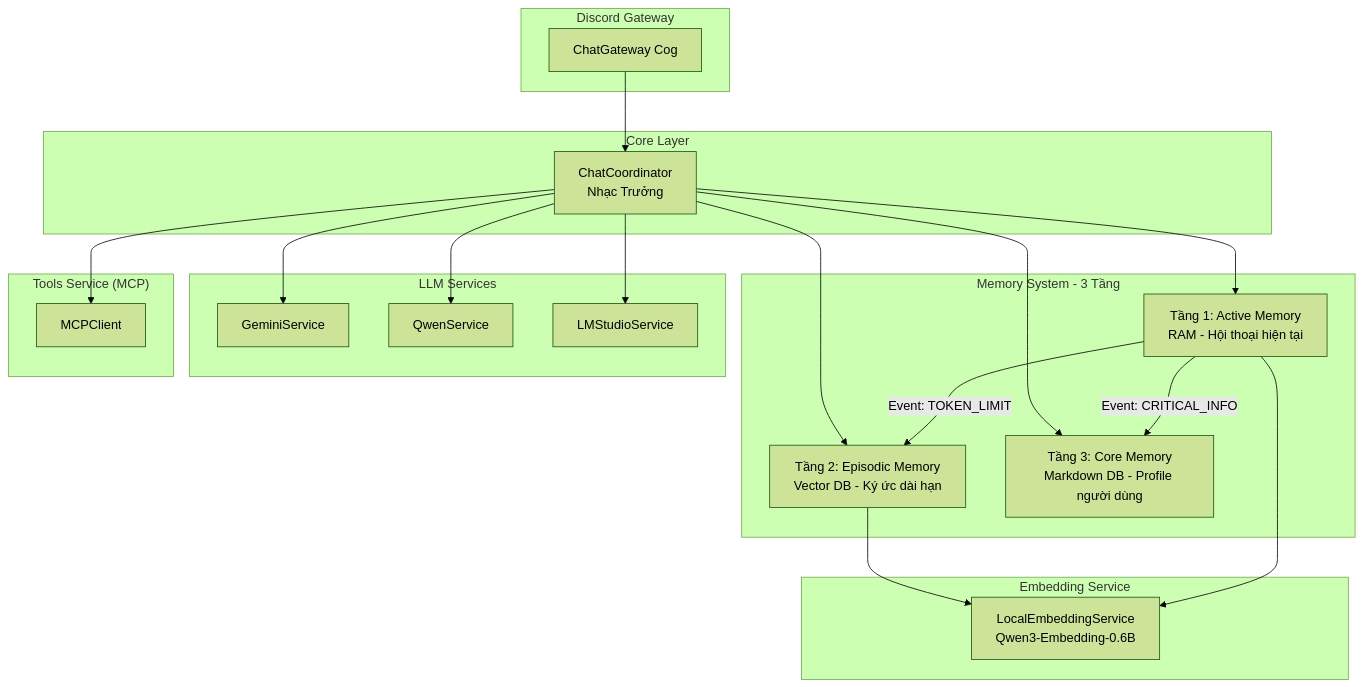
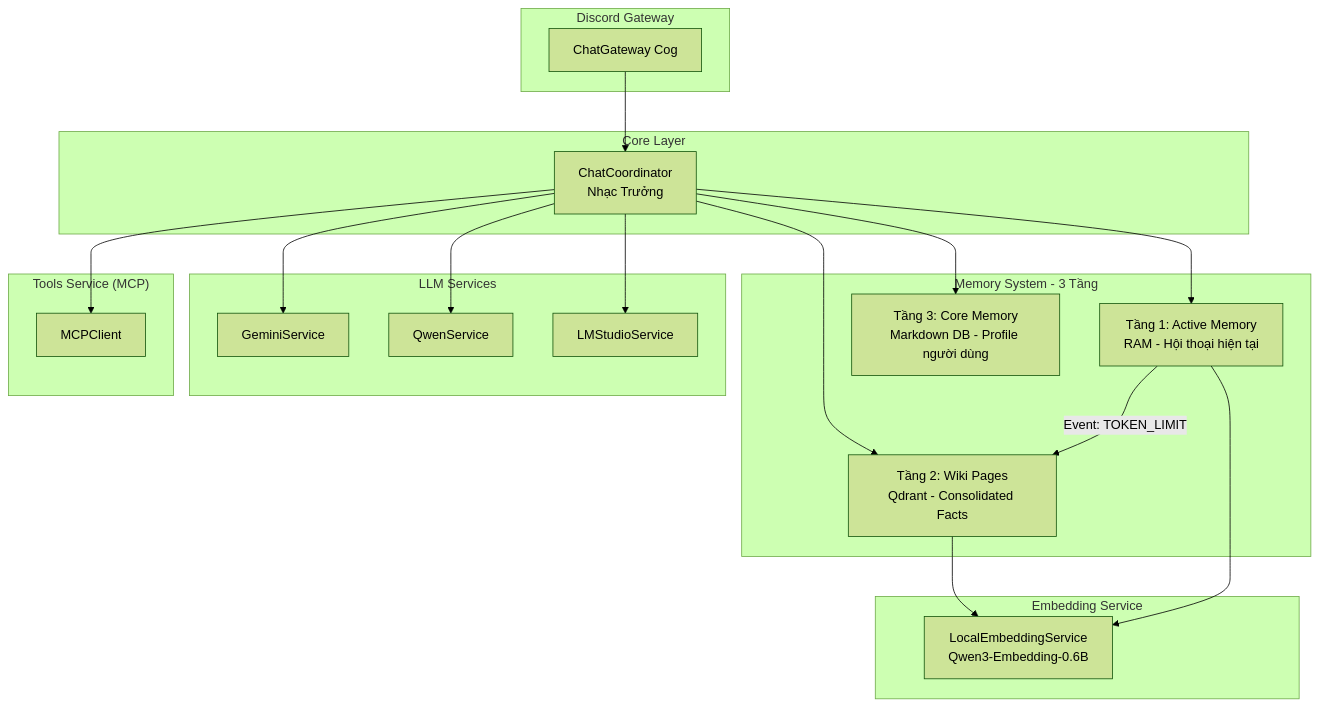
Before and after one commit to Flowerf19/Harness_agent: the first of 4 diagrams in README.MD, drawn with Mermaid (forest theme). The commit also changed other lines of this file and 29 other files, not shown here.

````diff
--- a/README.MD
+++ b/README.MD
@@ -33,43 +33,42 @@
 ```mermaid
 flowchart TB
     subgraph Discord["Discord Gateway"]
         CG[ChatGateway Cog]
     end
     
     subgraph Core["Core Layer"]
         CC[ChatCoordinator<br/>Nhạc Trưởng]
     end
     
     subgraph Memory["Memory System - 3 Tầng"]
         T1[Tầng 1: Active Memory<br/>RAM - Hội thoại hiện tại]
-        T2[Tầng 2: Episodic Memory<br/>Vector DB - Ký ức dài hạn]
+        T2[Tầng 2: Wiki Pages<br/>Qdrant - Consolidated Facts]
         T3[Tầng 3: Core Memory<br/>Markdown DB - Profile người dùng]
     end
     
     subgraph LLM["LLM Services"]
         GS[GeminiService]
         QS[QwenService]
         LM[LMStudioService]
     end
     
     subgraph Tools["Tools Service (MCP)"]
         MCP[MCPClient]
     end
     
     subgraph Embedding["Embedding Service"]
         ES[LocalEmbeddingService<br/>Qwen3-Embedding-0.6B]
     end
     
     CG --> CC
     CC --> T1
     CC --> T2
     CC --> LM
     CC --> MCP
     CC --> T3
-    T1 -->|Event: CRITICAL_INFO| T3
     T1 -->|Event: TOKEN_LIMIT| T2
     CC --> GS
     CC --> QS
     T2 --> ES
     T1 --> ES
 ```
````
